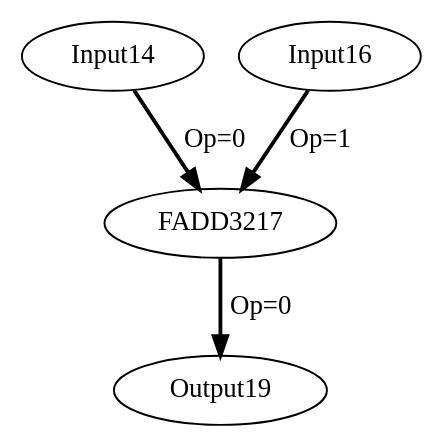
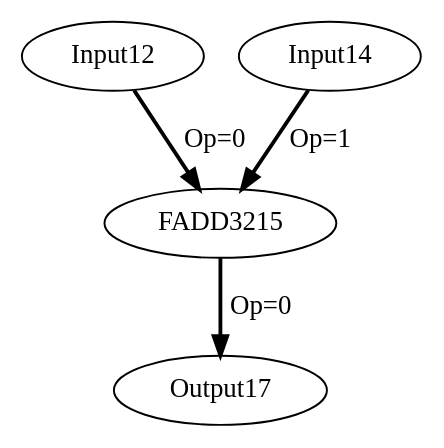
One commit to MIONkb/cgrv-opt changed the diagram in experiments/EasyMLIRCall/3_dfgs/forward_kernel_0.dot. Above: the diagram before and after it, drawn with Graphviz. The commit also changed 265 other files, not shown here.

```diff
--- a/experiments/EasyMLIRCall/3_dfgs/forward_kernel_0.dot
+++ b/experiments/EasyMLIRCall/3_dfgs/forward_kernel_0.dot
@@ -1,9 +1,9 @@
 Digraph G {
-Input14[opcode=Input, ref_name="arg", size="40", offset="0, 0", pattern="4, 10"];
-Input16[opcode=Input, ref_name="arg1", size="40", offset="0, 0", pattern="4, 10"];
-FADD3217[opcode=FADD32];
-Output19[opcode=Output, ref_name="arg2", size="40", offset="0, 0", pattern="4, 10"];
-Input14 -> FADD3217[operand = 0 ,color = black, style = bold, label = "Op=0"];
-Input16 -> FADD3217[operand = 1 ,color = black, style = bold, label = "Op=1"];
-FADD3217 -> Output19[operand = 0 ,color = black, style = bold, label = "Op=0"];
+Input12[opcode=Input, ref_name="arg", size="44", offset="0, 0", pattern="4, 11"];
+Input14[opcode=Input, ref_name="arg1", size="44", offset="0, 0", pattern="4, 11"];
+FADD3215[opcode=FADD32];
+Output17[opcode=Output, ref_name="arg2", size="44", offset="0, 0", pattern="4, 11"];
+Input12 -> FADD3215[operand = 0 ,color = black, style = bold, label = "Op=0"];
+Input14 -> FADD3215[operand = 1 ,color = black, style = bold, label = "Op=1"];
+FADD3215 -> Output17[operand = 0 ,color = black, style = bold, label = "Op=0"];
 }
```
